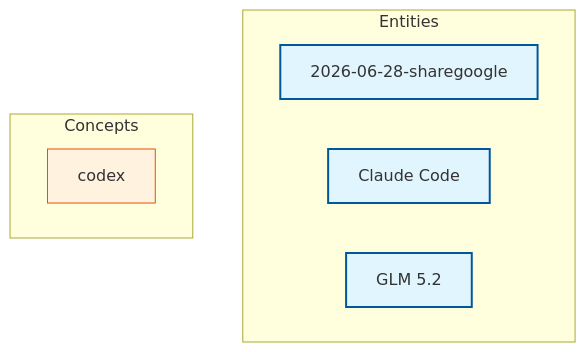
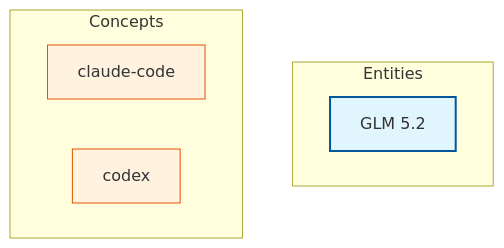
Before and after one commit to dannytsao/PersonalKM: the diagram in wiki/knowledge-graph.md, drawn with Mermaid. The commit also changed other lines of this file and 5 other files, not shown here.

````diff
--- a/wiki/knowledge-graph.md
+++ b/wiki/knowledge-graph.md
@@ -7,25 +7,22 @@
 ```mermaid
 %%{init: {'flowchart': {'useMaxWidth': false, 'htmlLabels': true, 'curve': 'basis', 'padding': 15}}}%%
 flowchart TD
     classDef entity fill:#e1f5fe,stroke:#01579b,stroke-width:2px,cursor:pointer;
     classDef concept fill:#fff3e0,stroke:#e65100,stroke-width:1px,cursor:pointer;
 
     subgraph Entities
-        p_2026_06_28_sharegoogle["2026-06-28-sharegoogle"]
-        click p_2026_06_28_sharegoogle "entities/2026-06-28-sharegoogle.md" "Open 2026-06-28-sharegoogle"
-        class p_2026_06_28_sharegoogle entity
-        claude_code["Claude Code"]
-        click claude_code "entities/claude-code.md" "Open Claude Code"
-        class claude_code entity
         glm_5_2["GLM 5.2"]
         click glm_5_2 "entities/glm-5-2.md" "Open GLM 5.2"
         class glm_5_2 entity
     end
 
     subgraph Concepts
+        claude_code["claude-code"]
+        click claude_code "concepts/claude-code.md" "Open claude-code"
+        class claude_code concept
         codex["codex"]
         click codex "concepts/codex.md" "Open codex"
         class codex concept
     end
 
 ```
````
